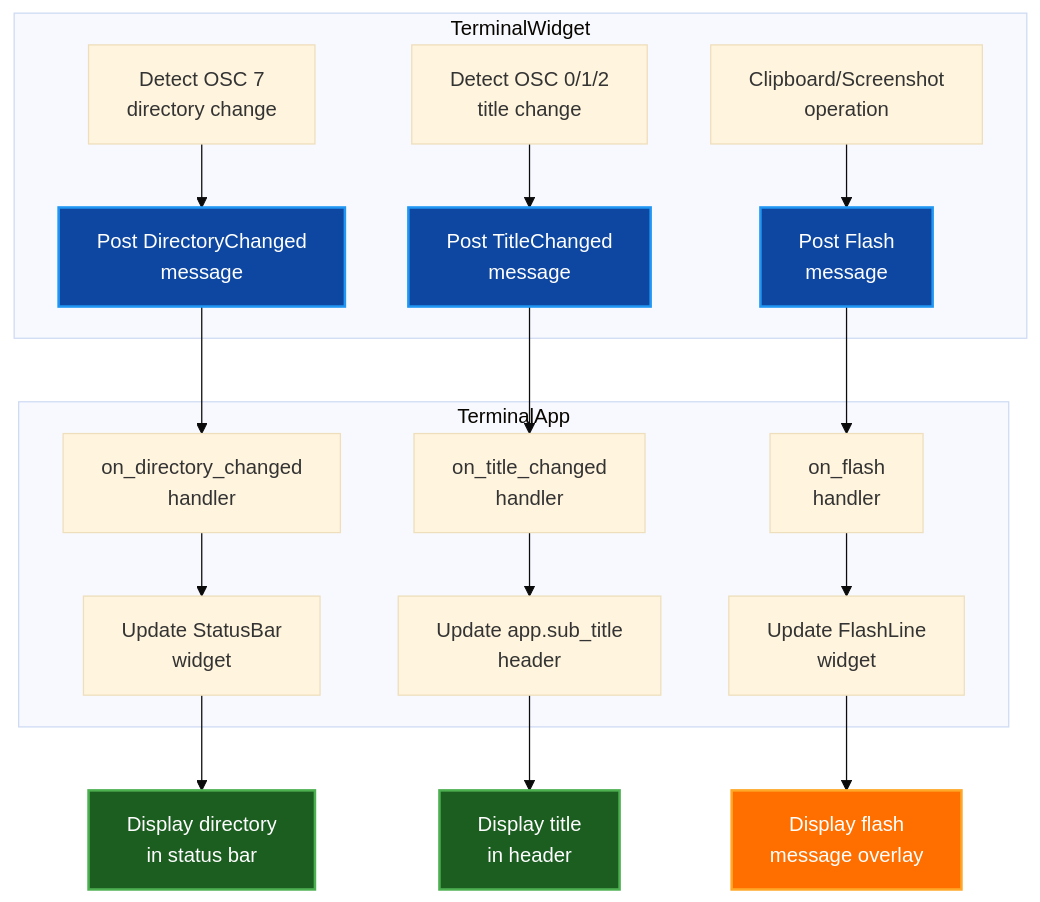
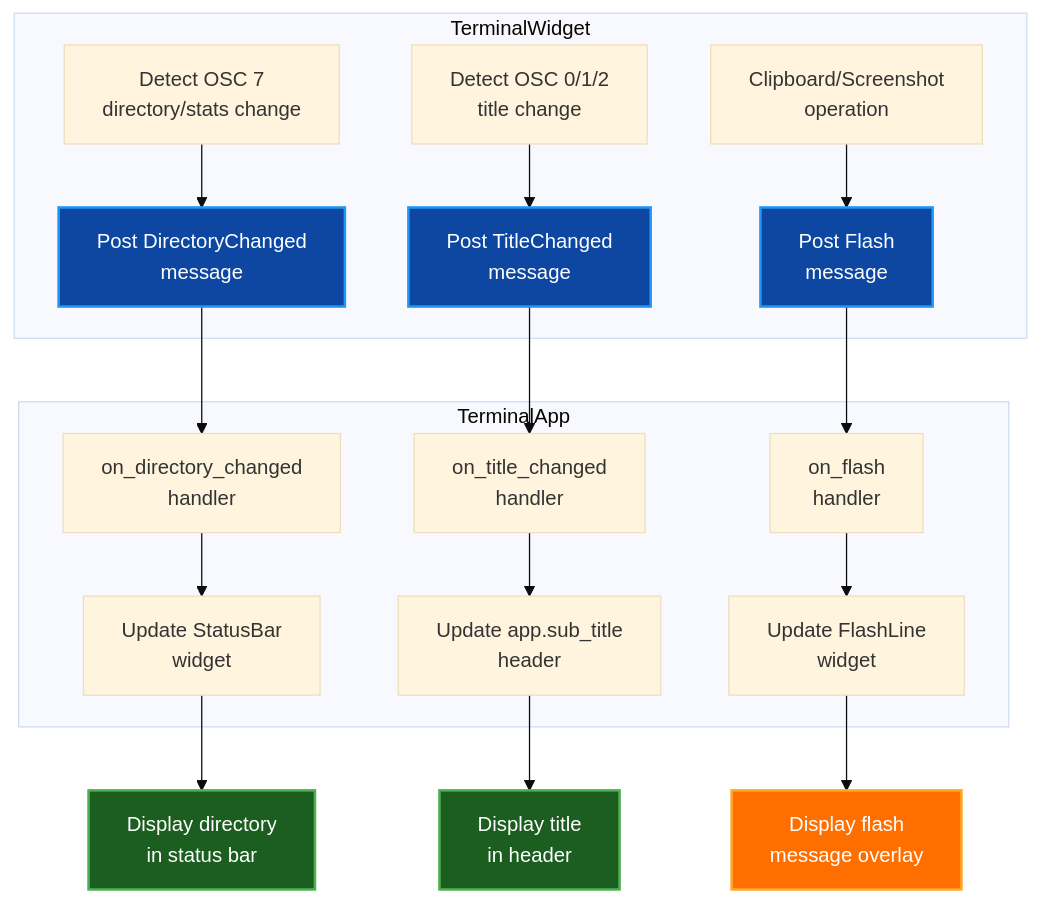
One commit to paulrobello/par-term-emu-tui-rust changed the fifth of 7 diagrams in docs/ARCHITECTURE.md. Above: the diagram before and after it, drawn with Mermaid (base theme). The commit also changed other lines of this file and 34 other files, not shown here.

````diff
--- a/docs/ARCHITECTURE.md
+++ b/docs/ARCHITECTURE.md
@@ -899,29 +898,29 @@
 ```mermaid
 graph TB
     subgraph "TerminalWidget"
-        A[Detect OSC 7<br/>directory change] --> B[Post DirectoryChanged<br/>message]
+        A[Detect OSC 7<br/>directory/stats change] --> B[Post DirectoryChanged<br/>message]
         C[Detect OSC 0/1/2<br/>title change] --> D[Post TitleChanged<br/>message]
         E[Clipboard/Screenshot<br/>operation] --> F[Post Flash<br/>message]
     end
 
     subgraph "TerminalApp"
         B --> G[on_directory_changed<br/>handler]
         D --> H[on_title_changed<br/>handler]
         F --> I[on_flash<br/>handler]
 
         G --> J[Update StatusBar<br/>widget]
         H --> K[Update app.sub_title<br/>header]
         I --> L[Update FlashLine<br/>widget]
     end
 
     J --> M[Display directory<br/>in status bar]
     K --> N[Display title<br/>in header]
     L --> O[Display flash<br/>message overlay]
 
     style B fill:#0d47a1,stroke:#2196f3,stroke-width:2px,color:#ffffff
     style D fill:#0d47a1,stroke:#2196f3,stroke-width:2px,color:#ffffff
     style F fill:#0d47a1,stroke:#2196f3,stroke-width:2px,color:#ffffff
     style M fill:#1b5e20,stroke:#4caf50,stroke-width:2px,color:#ffffff
     style N fill:#1b5e20,stroke:#4caf50,stroke-width:2px,color:#ffffff
     style O fill:#ff6f00,stroke:#ffa726,stroke-width:2px,color:#ffffff
 ```
````
